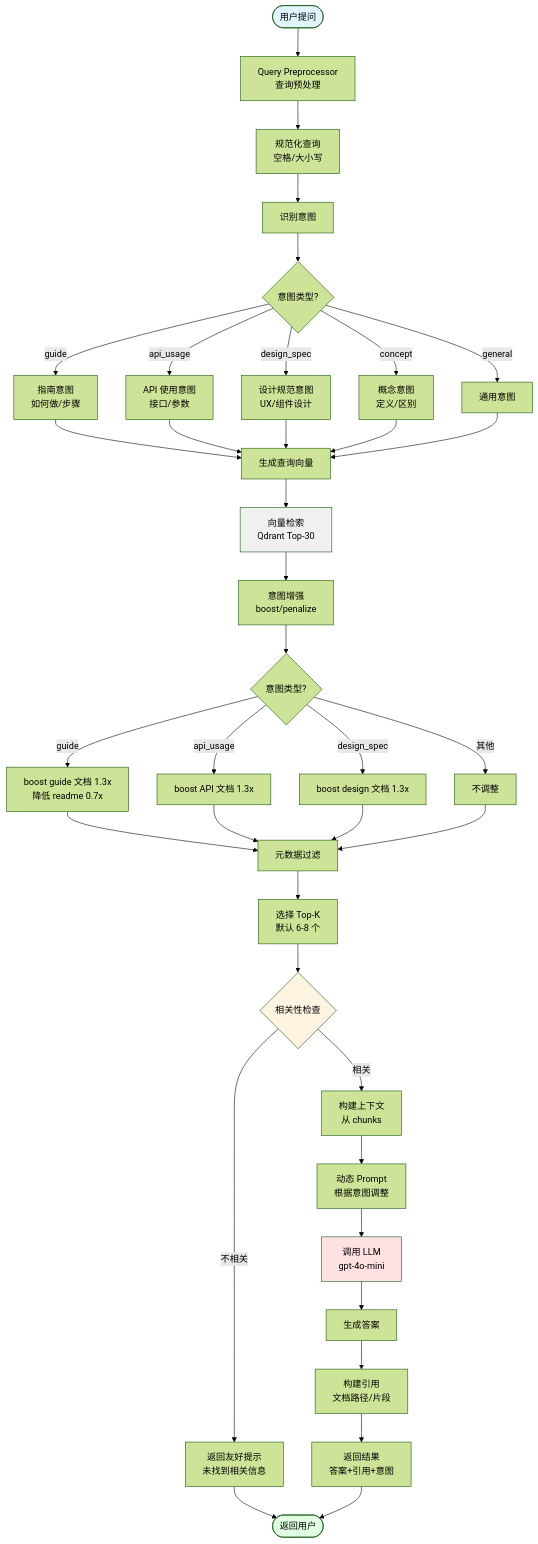
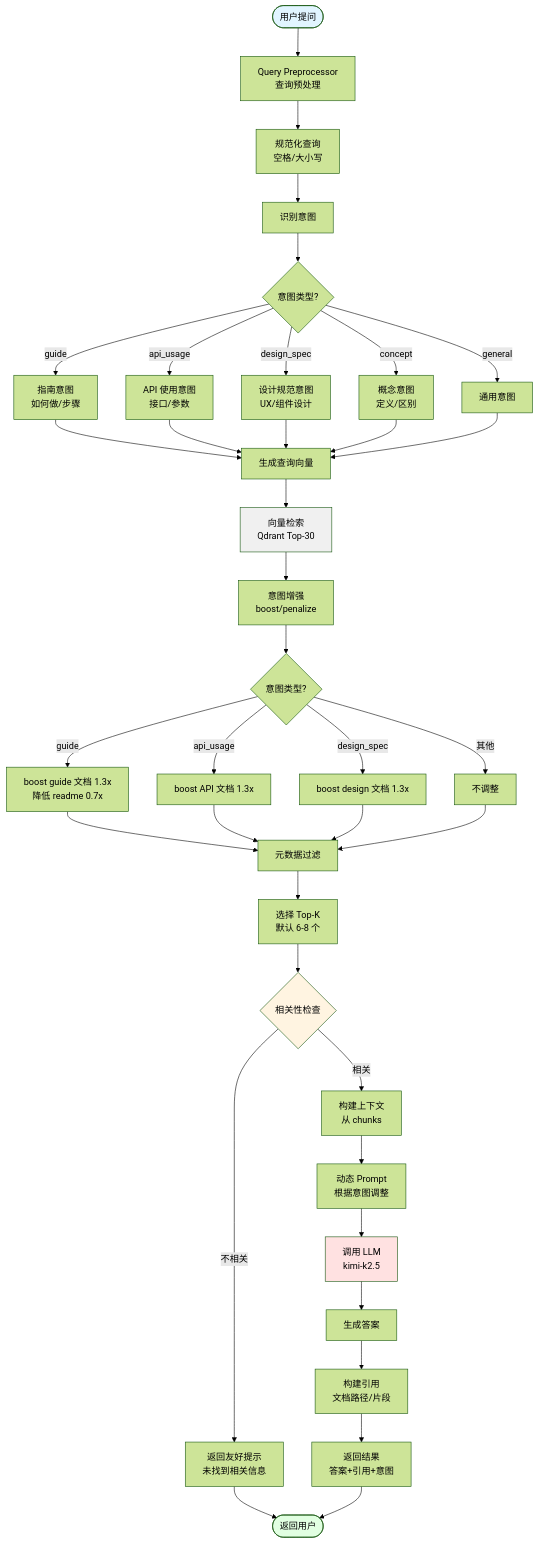
The third of 5 diagrams in docs/architecture_diagrams.md (charmingYouYou/openharmony-docs-rag), drawn with Mermaid (forest theme) before and after one commit. The commit also changed other lines of this file and 27 other files, not shown here.

Commit message:
Continue quick-start sequence

````diff
--- a/docs/architecture_diagrams.md
+++ b/docs/architecture_diagrams.md
@@ -133,56 +133,56 @@
 ```mermaid
 flowchart TD
     Start([用户提问]) --> Preprocess[Query Preprocessor<br/>查询预处理]
 
     Preprocess --> Normalize[规范化查询<br/>空格/大小写]
     Normalize --> Intent[识别意图]
 
     Intent --> IntentType{意图类型?}
     IntentType -->|guide| IntentGuide[指南意图<br/>如何做/步骤]
     IntentType -->|api_usage| IntentAPI[API 使用意图<br/>接口/参数]
     IntentType -->|design_spec| IntentDesign[设计规范意图<br/>UX/组件设计]
     IntentType -->|concept| IntentConcept[概念意图<br/>定义/区别]
     IntentType -->|general| IntentGeneral[通用意图]
 
     IntentGuide --> GenEmbed[生成查询向量]
     IntentAPI --> GenEmbed
     IntentDesign --> GenEmbed
     IntentConcept --> GenEmbed
     IntentGeneral --> GenEmbed
 
     GenEmbed --> VectorSearch[向量检索<br/>Qdrant Top-30]
     VectorSearch --> IntentBoost[意图增强<br/>boost/penalize]
 
     IntentBoost --> BoostLogic{意图类型?}
     BoostLogic -->|guide| BoostGuide[boost guide 文档 1.3x<br/>降低 readme 0.7x]
     BoostLogic -->|api_usage| BoostAPI[boost API 文档 1.3x]
     BoostLogic -->|design_spec| BoostDesign[boost design 文档 1.3x]
     BoostLogic -->|其他| BoostNone[不调整]
 
     BoostGuide --> MetaFilter[元数据过滤]
     BoostAPI --> MetaFilter
     BoostDesign --> MetaFilter
     BoostNone --> MetaFilter
 
     MetaFilter --> TopK[选择 Top-K<br/>默认 6-8 个]
     TopK --> CheckRelevance{相关性检查}
 
     CheckRelevance -->|相关| BuildContext[构建上下文<br/>从 chunks]
     CheckRelevance -->|不相关| ReturnNoResult[返回友好提示<br/>未找到相关信息]
 
     BuildContext --> DynamicPrompt[动态 Prompt<br/>根据意图调整]
-    DynamicPrompt --> CallLLM[调用 LLM<br/>gpt-4o-mini]
+    DynamicPrompt --> CallLLM[调用 LLM<br/>kimi-k2.5]
     CallLLM --> GenAnswer[生成答案]
 
     GenAnswer --> BuildCitation[构建引用<br/>文档路径/片段]
     BuildCitation --> ReturnAnswer[返回结果<br/>答案+引用+意图]
 
     ReturnNoResult --> End([返回用户])
     ReturnAnswer --> End
 
     style Start fill:#e1f5ff
     style End fill:#e1ffe1
     style CallLLM fill:#ffe1e1
     style VectorSearch fill:#f0f0f0
     style CheckRelevance fill:#fff4e1
 ```
````
